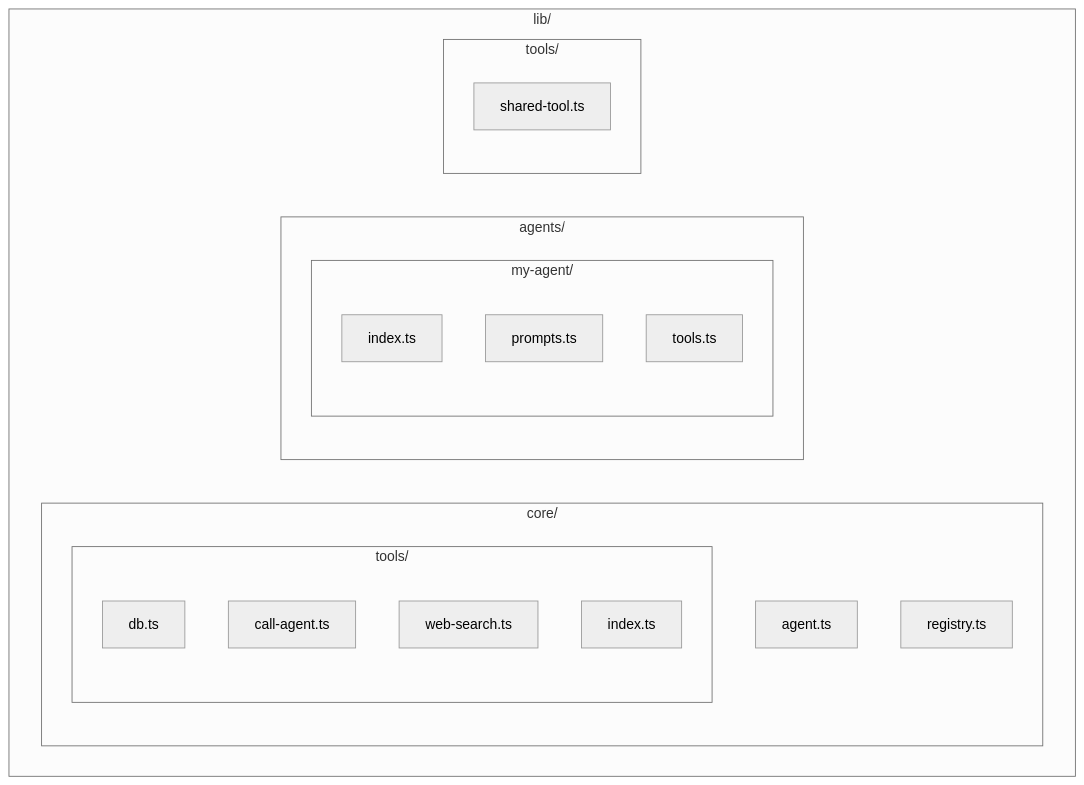
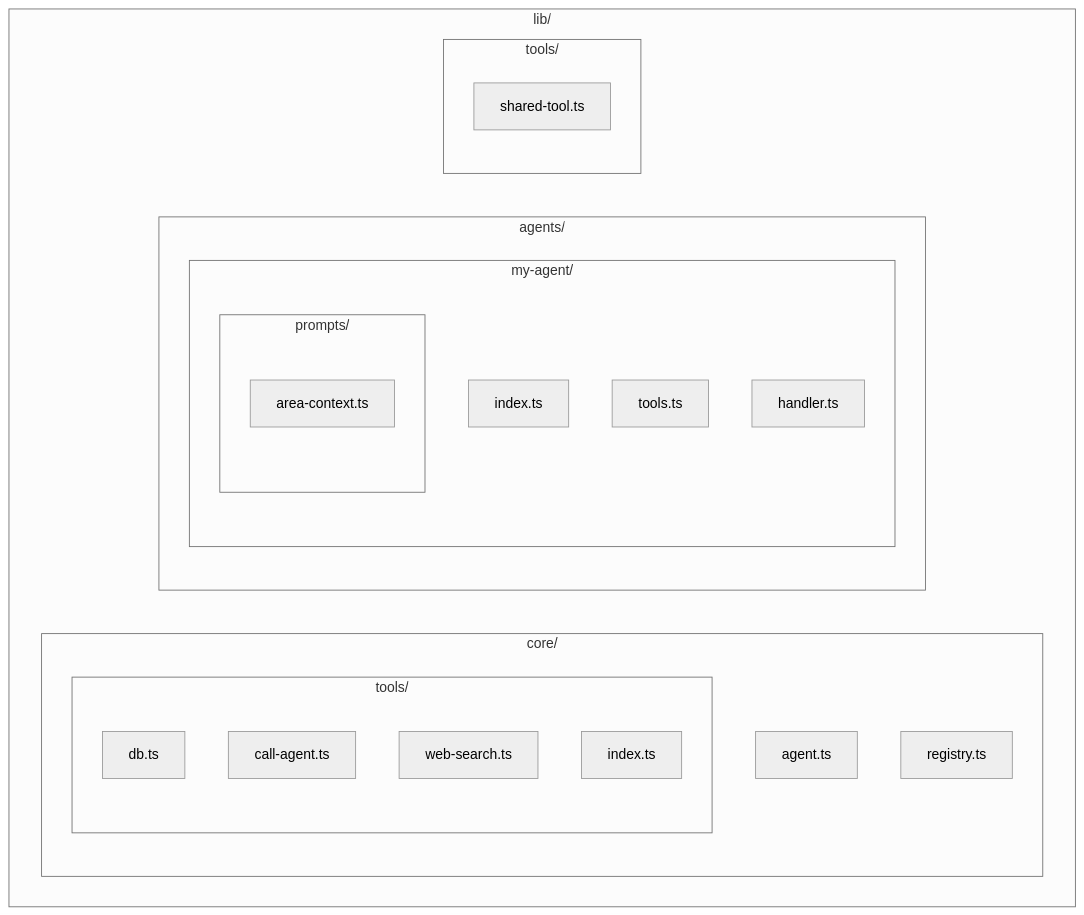
One commit to murej/flat-hunter changed the diagram in docs/structure.md. Above: the diagram before and after it, drawn with Mermaid (neutral theme). The commit also changed other lines of this file and 9 other files, not shown here.

````diff
--- a/docs/structure.md
+++ b/docs/structure.md
@@ -27,25 +29,29 @@
 ```mermaid
 flowchart TB
   subgraph lib [lib/]
     subgraph core [core/]
       agent[agent.ts]
       registry[registry.ts]
       subgraph coreTools [tools/]
         db[db.ts]
         callAgent[call-agent.ts]
         webSearch[web-search.ts]
         index[index.ts]
       end
     end
     subgraph agents [agents/]
       subgraph agentA [my-agent/]
         idx[index.ts]
         prompts[prompts.ts]
         tools[tools.ts]
+        handler[handler.ts]
       end
+    end
+    subgraph prompts [prompts/]
+      areaContext[area-context.ts]
     end
     subgraph sharedTools [tools/]
       shared[shared-tool.ts]
     end
   end
 ```
````
